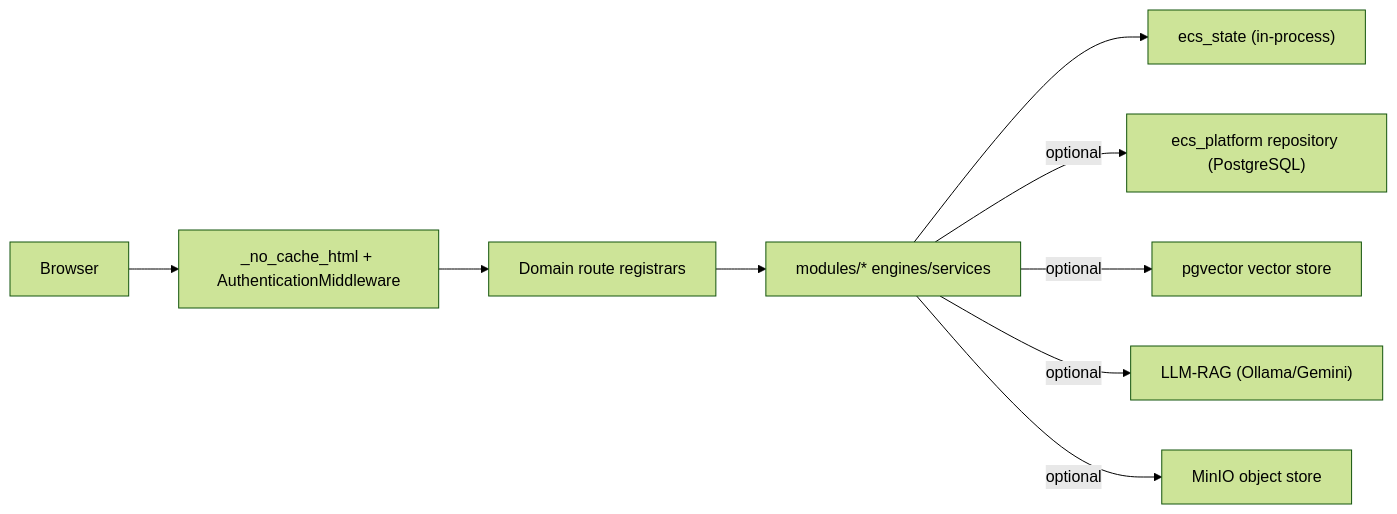
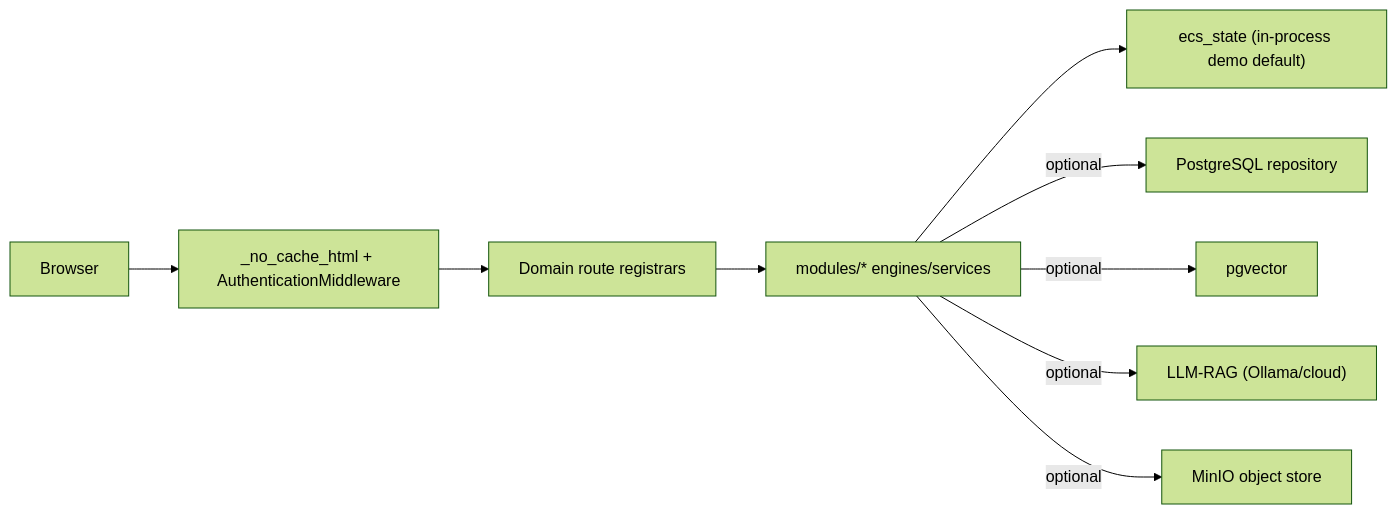
The third of 7 diagrams in docs/02-architecture/architecture/ecs_deployment_architecture.md (ECS-Platform/ecs-enterprise-backup), drawn with Mermaid (forest theme) before and after one commit. The commit also changed other lines of this file and 25 other files, not shown here.

Commit message:
docs: complete Phase-1 architecture documentation

````diff
--- a/docs/02-architecture/architecture/ecs_deployment_architecture.md
+++ b/docs/02-architecture/architecture/ecs_deployment_architecture.md
@@ -96,11 +149,11 @@
 ```mermaid
 graph LR
   Client["Browser"] --> MW["_no_cache_html + AuthenticationMiddleware"]
   MW --> Routes["Domain route registrars"]
   Routes --> Engines["modules/* engines/services"]
-  Engines --> State["ecs_state (in-process)"]
-  Engines -->|optional| Repo["ecs_platform repository (PostgreSQL)"]
-  Engines -->|optional| Vec["pgvector vector store"]
-  Engines -->|optional| RAG["LLM-RAG (Ollama/Gemini)"]
+  Engines --> State["ecs_state (in-process demo default)"]
+  Engines -->|optional| Repo["PostgreSQL repository"]
+  Engines -->|optional| Vec["pgvector"]
+  Engines -->|optional| RAG["LLM-RAG (Ollama/cloud)"]
   Engines -->|optional| ObjS["MinIO object store"]
 ```
````
